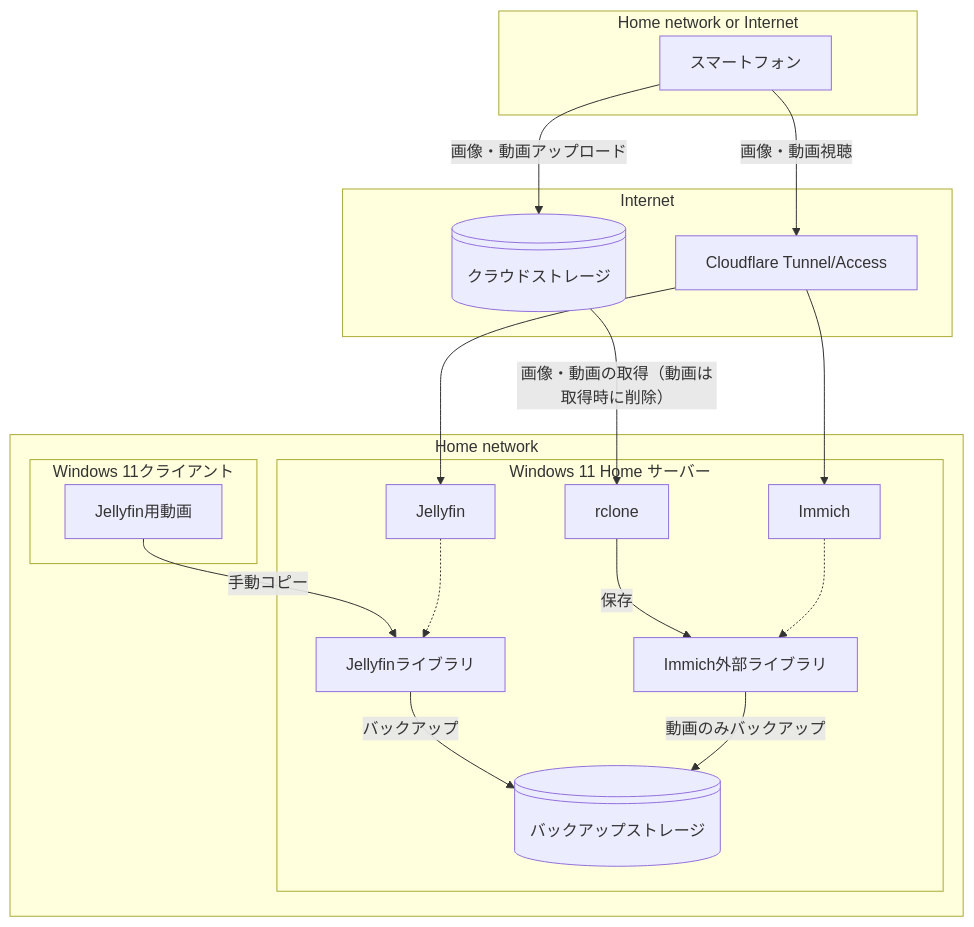
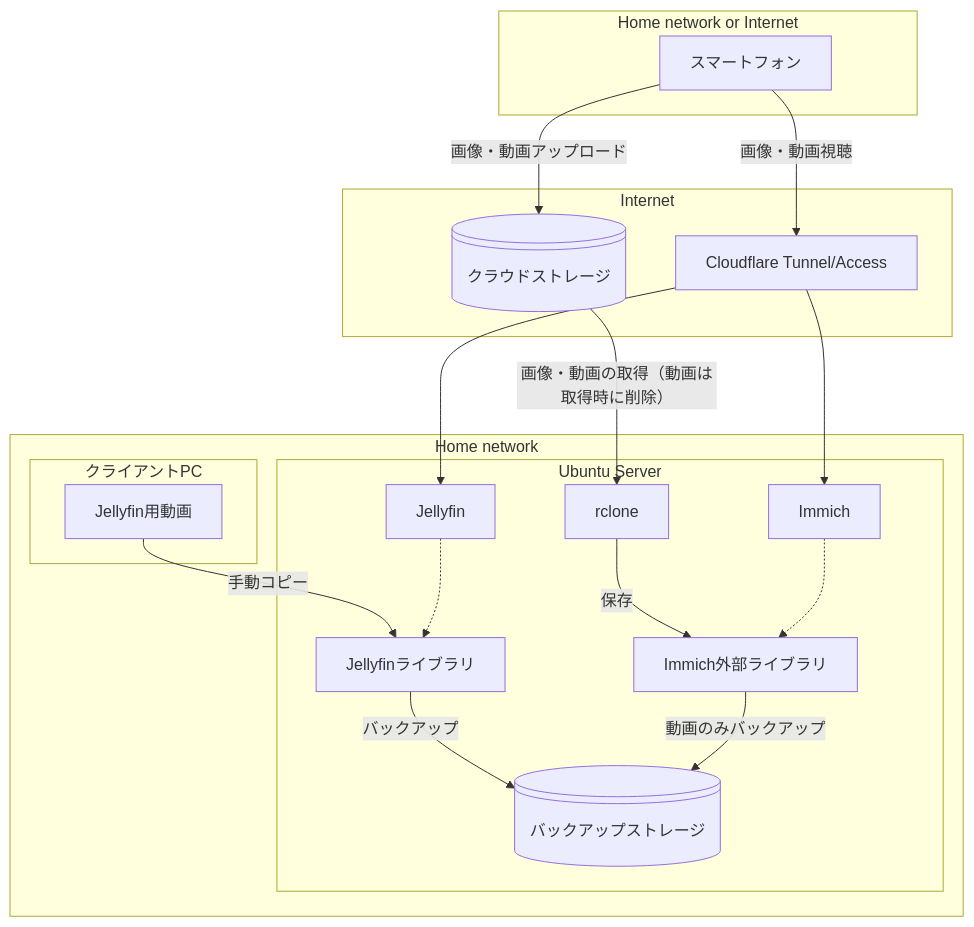
One commit to nuitsjp/ManageMediaServer changed the first of 2 diagrams in README.md. Above: the diagram before and after it, drawn with Mermaid. The commit also changed other lines of this file, not shown here.

````diff
--- a/README.md
+++ b/README.md
@@ -21,42 +21,41 @@
 ```mermaid
 flowchart TB
 
     subgraph HomeNetwork[Home network]
-        subgraph Win11Client[Windows 11クライアント]
+        subgraph ClientPC[クライアントPC]
             MovieSource[Jellyfin用動画]
         end
 
-        subgraph MediaServer[Windows 11 Home サーバー]
+        subgraph LinuxServer[Ubuntu Server]
             ImmichLibrary[Immich外部ライブラリ]
             BackupStorage@{ shape: lin-cyl, label: "バックアップストレージ" }
             JellyfinLib[Jellyfinライブラリ]
             rclone
             Immich
             Jellyfin
         end
     end
-
 
     subgraph ClientNetwork[Home network or Internet]
         Smartphone[スマートフォン]
     end
 
     subgraph InternetServices[Internet]
         CloudStrage@{ shape: lin-cyl, label: "クラウドストレージ" }
         CloudflareTunnel[Cloudflare Tunnel/Access]
     end
  
     Smartphone -- 画像・動画視聴 --> CloudflareTunnel
     Smartphone -- 画像・動画アップロード --> CloudStrage
 
     MovieSource -- 手動コピー --> JellyfinLib
     JellyfinLib -- バックアップ --> BackupStorage
     ImmichLibrary -- 動画のみバックアップ --> BackupStorage
     CloudStrage --画像・動画の取得（動画は取得時に削除）--> rclone
     rclone --保存--> ImmichLibrary
     CloudflareTunnel --> Immich
     CloudflareTunnel --> Jellyfin
 
     Immich -.-> ImmichLibrary
     Jellyfin -.-> JellyfinLib
 ```
````
